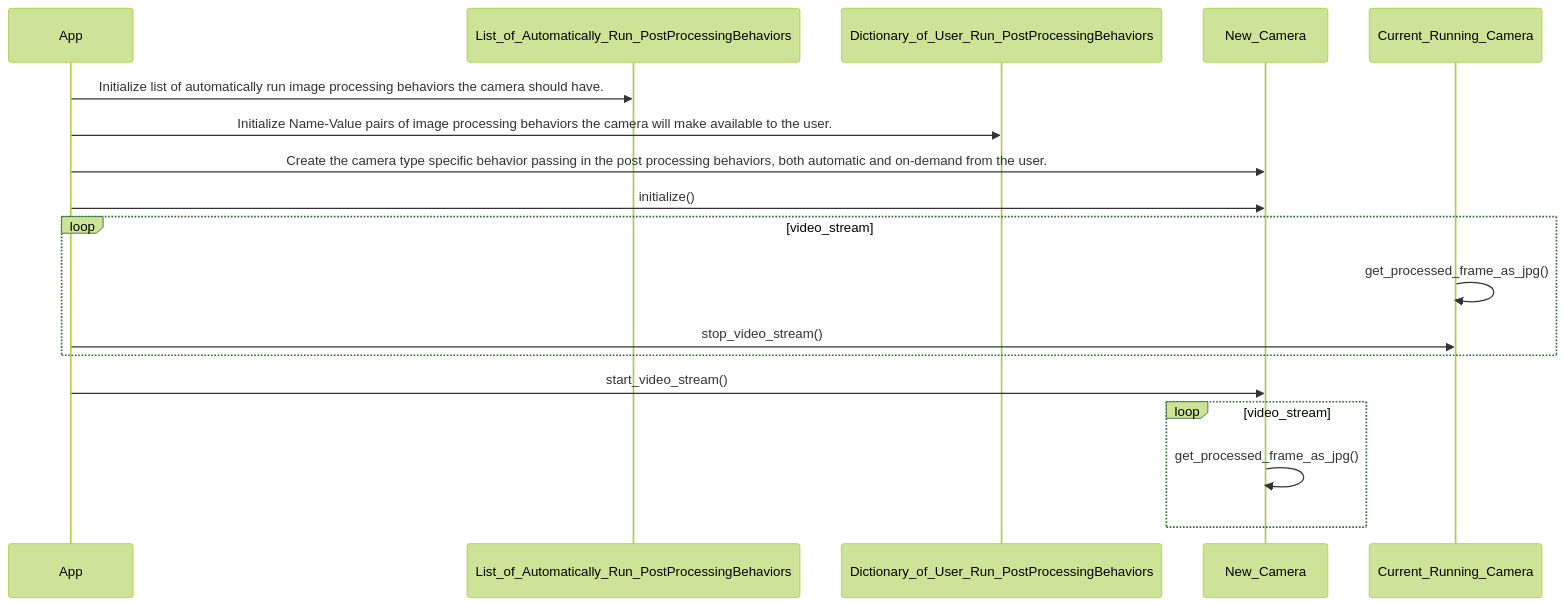
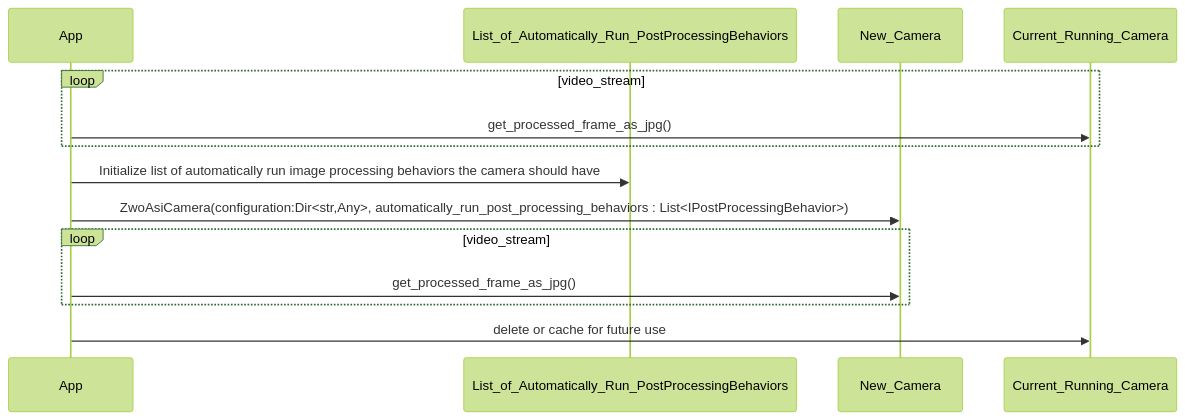
Before and after one commit to mgrandau/telescope-control: the fourth of 5 diagrams in application/asi-camera-design.md, drawn with Mermaid (forest theme). The commit also changed other lines of this file, not shown here.

````diff
--- a/application/asi-camera-design.md
+++ b/application/asi-camera-design.md
@@ -102,23 +148,20 @@
 ```mermaid
 sequenceDiagram
   participant App
   participant List_of_Automatically_Run_PostProcessingBehaviors
-  participant Dictionary_of_User_Run_PostProcessingBehaviors
   participant New_Camera
   participant Current_Running_Camera
 
-  App->>List_of_Automatically_Run_PostProcessingBehaviors: Initialize list of automatically run image processing behaviors the camera should have.
-  App->>Dictionary_of_User_Run_PostProcessingBehaviors: Initialize Name-Value pairs of image processing behaviors the camera will make available to the user.
-  App->>New_Camera: Create the camera type specific behavior passing in the post processing behaviors, both automatic and on-demand from the user.
-  App->>New_Camera: initialize()
+  loop video_stream
+    App->>Current_Running_Camera:get_processed_frame_as_jpg()
+  end
+
+  App->>List_of_Automatically_Run_PostProcessingBehaviors: Initialize list of automatically run image processing behaviors the camera should have
+  App->>New_Camera: ZwoAsiCamera(configuration:Dir<str,Any>, automatically_run_post_processing_behaviors : List<IPostProcessingBehavior>)
 
   loop video_stream
-    Current_Running_Camera->>Current_Running_Camera: get_processed_frame_as_jpg()
-    App->>Current_Running_Camera: stop_video_stream()
+    App->>New_Camera: get_processed_frame_as_jpg()
   end
 
-  App->>New_Camera: start_video_stream()
-  loop video_stream
-    New_Camera->>New_Camera: get_processed_frame_as_jpg()
-  end
+  App->>Current_Running_Camera: delete or cache for future use
 ```
````
